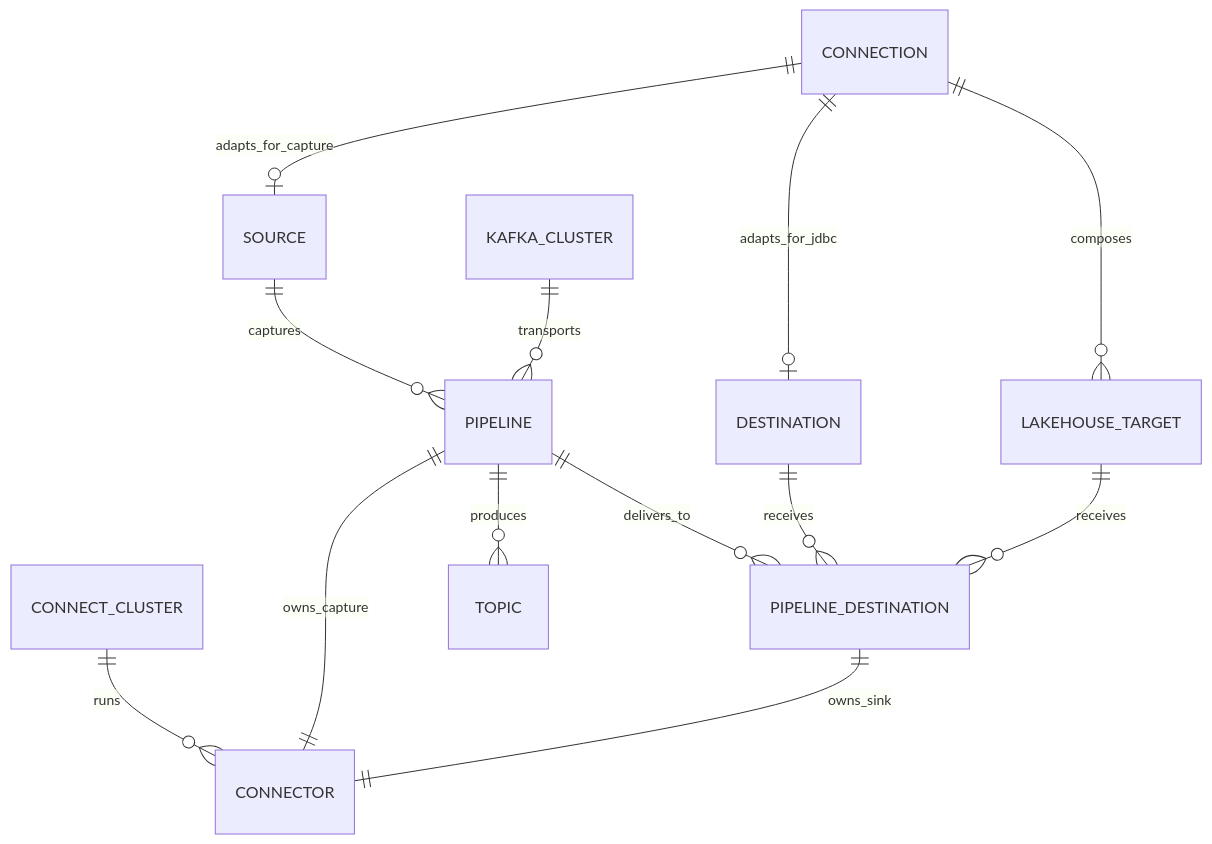
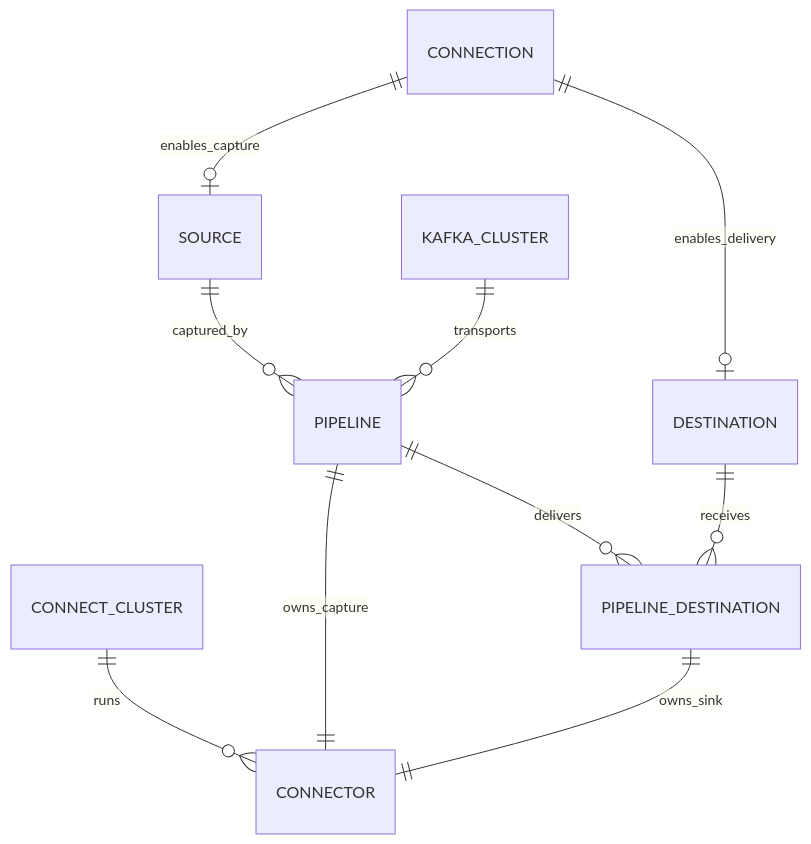
The third of 3 diagrams in docs/architecture/overview.md (cluedata/cluecdc), drawn with Mermaid before and after one commit. The commit also changed other lines of this file and 81 other files, not shown here.

````diff
--- a/docs/architecture/overview.md
+++ b/docs/architecture/overview.md
@@ -43,15 +78,12 @@
 ```mermaid
 erDiagram
-  CONNECTION ||--o| SOURCE : adapts_for_capture
-  CONNECTION ||--o| DESTINATION : adapts_for_jdbc
-  SOURCE ||--o{ PIPELINE : captures
+  CONNECTION ||--o| SOURCE : enables_capture
+  CONNECTION ||--o| DESTINATION : enables_delivery
+  SOURCE ||--o{ PIPELINE : captured_by
   KAFKA_CLUSTER ||--o{ PIPELINE : transports
   CONNECT_CLUSTER ||--o{ CONNECTOR : runs
   PIPELINE ||--|| CONNECTOR : owns_capture
-  PIPELINE ||--o{ PIPELINE_DESTINATION : delivers_to
+  PIPELINE ||--o{ PIPELINE_DESTINATION : delivers
   DESTINATION ||--o{ PIPELINE_DESTINATION : receives
-  CONNECTION ||--o{ LAKEHOUSE_TARGET : composes
-  LAKEHOUSE_TARGET ||--o{ PIPELINE_DESTINATION : receives
   PIPELINE_DESTINATION ||--|| CONNECTOR : owns_sink
-  PIPELINE ||--o{ TOPIC : produces
 ```
````
